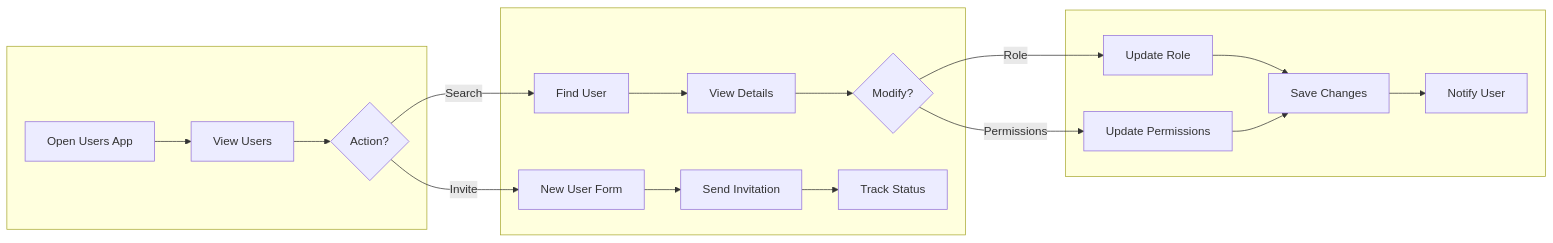
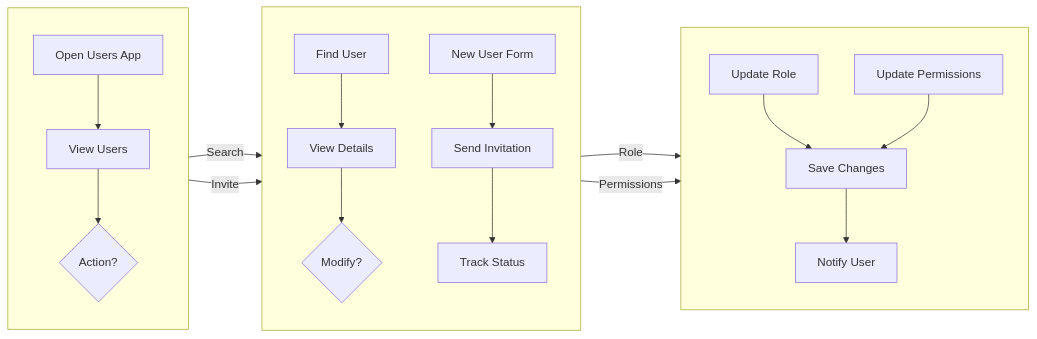
One commit to RoundRobinHood/cogniflight-cloud changed the seventh of 10 diagrams in docs/SEN3781_Assignment4_Information_Architecture_Report.md. Above: the diagram before and after it, drawn with Mermaid. The commit also changed other lines of this file, not shown here.

Commit message:
improved diagram readability

````diff
--- a/docs/SEN3781_Assignment4_Information_Architecture_Report.md
+++ b/docs/SEN3781_Assignment4_Information_Architecture_Report.md
@@ -347,18 +373,25 @@
 ```mermaid
 flowchart LR
     subgraph col1[" "]
-        A[Open Users App] --> B[View Users] --> C{Action?}
+        direction TB
+        A[Open Users App] --> B[View Users]
+        B --> C{Action?}
     end
     subgraph col2[" "]
-        D[Find User] --> F[View Details] --> G{Modify?}
-        E[New User Form] --> L[Send Invitation] --> M[Track Status]
+        direction TB
+        D[Find User] --> F[View Details]
+        F --> G{Modify?}
+        E[New User Form] --> L[Send Invitation]
+        L --> M[Track Status]
     end
     subgraph col3[" "]
-        H[Update Role] --> J[Save Changes] --> K[Notify User]
+        direction TB
+        H[Update Role] --> J[Save Changes]
         I[Update Permissions] --> J
+        J --> K[Notify User]
     end
     C -->|Search| D
     C -->|Invite| E
     G -->|Role| H
     G -->|Permissions| I
 ```
````
